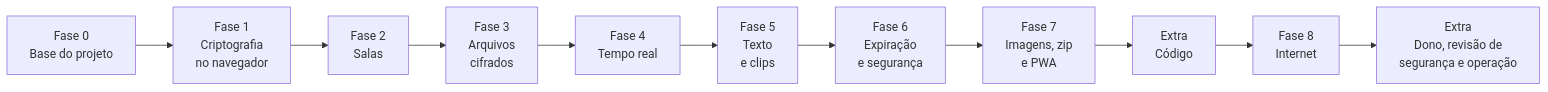
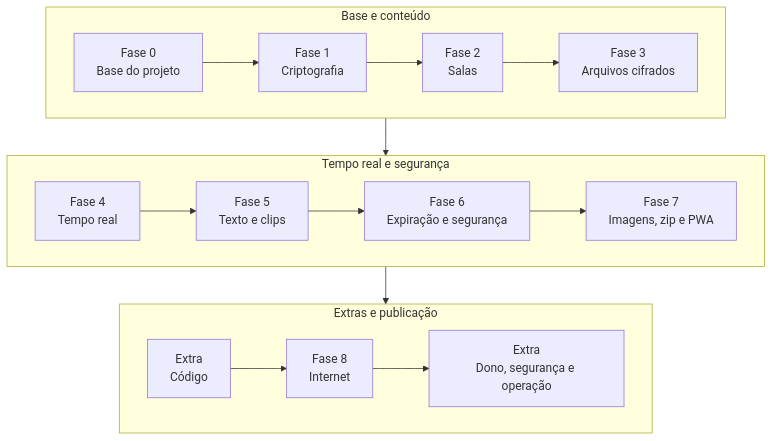
One commit to gbrielzera/QuickDrop changed diagram 13 of 13 in docs/VISAO.md. Above: the diagram before and after it, drawn with Mermaid. The commit also changed other lines of this file and 3 other files, not shown here.

Commit message:
Documentos de requisitos e de visão também em .docx; diagramas ajustados

````diff
--- a/docs/VISAO.md
+++ b/docs/VISAO.md
@@ -562,13 +556,16 @@
 ```mermaid
-flowchart LR
-    f0["Fase 0<br/>Base do projeto"] --> f1["Fase 1<br/>Criptografia<br/>no navegador"]
-    f1 --> f2["Fase 2<br/>Salas"]
-    f2 --> f3["Fase 3<br/>Arquivos<br/>cifrados"]
-    f3 --> f4["Fase 4<br/>Tempo real"]
-    f4 --> f5["Fase 5<br/>Texto<br/>e clips"]
-    f5 --> f6["Fase 6<br/>Expiração<br/>e segurança"]
-    f6 --> f7["Fase 7<br/>Imagens, zip<br/>e PWA"]
-    f7 --> ex["Extra<br/>Código"]
-    ex --> f8["Fase 8<br/>Internet"]
-    f8 --> seg["Extra<br/>Dono, revisão de<br/>segurança e operação"]
+flowchart TB
+    subgraph linha1["Base e conteúdo"]
+        direction LR
+        f0["Fase 0<br/>Base do projeto"] --> f1["Fase 1<br/>Criptografia"] --> f2["Fase 2<br/>Salas"] --> f3["Fase 3<br/>Arquivos cifrados"]
+    end
+    subgraph linha2["Tempo real e segurança"]
+        direction LR
+        f4["Fase 4<br/>Tempo real"] --> f5["Fase 5<br/>Texto e clips"] --> f6["Fase 6<br/>Expiração e segurança"] --> f7["Fase 7<br/>Imagens, zip e PWA"]
+    end
+    subgraph linha3["Extras e publicação"]
+        direction LR
+        ex["Extra<br/>Código"] --> f8["Fase 8<br/>Internet"] --> seg["Extra<br/>Dono, segurança e operação"]
+    end
+    linha1 --> linha2 --> linha3
 ```
````
